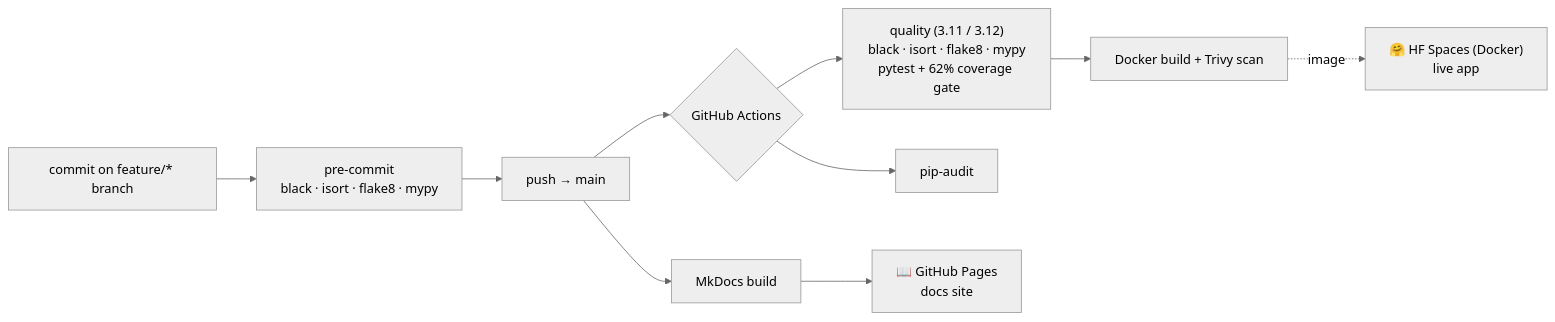
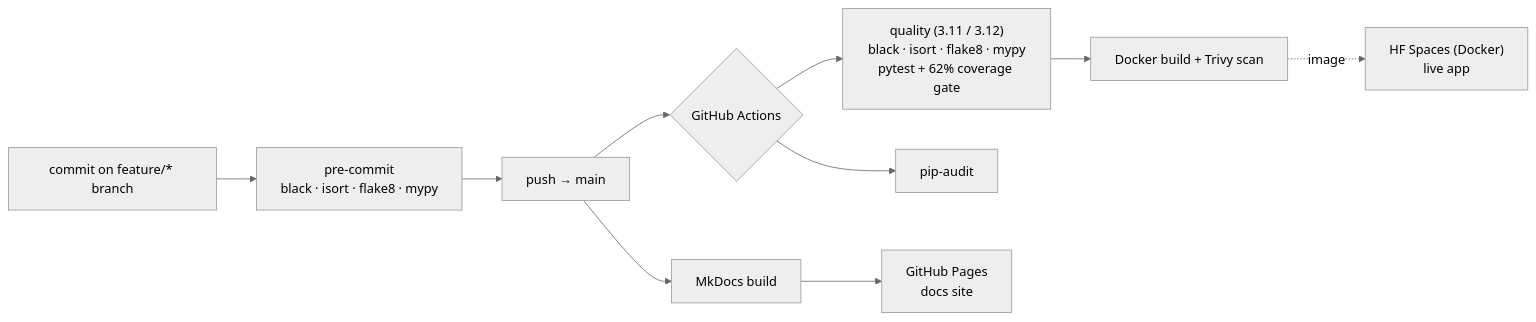
The third of 3 diagrams in README.md (maxime2476/bmw-sales-analytics), drawn with Mermaid (neutral theme) before and after one commit. The commit also changed other lines of this file, not shown here.

````diff
--- a/README.md
+++ b/README.md
@@ -220,12 +224,12 @@
 ```mermaid
 flowchart LR
     DEV["commit on feature/* branch"] --> PC["pre-commit<br/>black · isort · flake8 · mypy"]
     PC --> PUSH["push → main"]
     PUSH --> CI{"GitHub Actions"}
     CI --> Q["quality (3.11 / 3.12)<br/>black · isort · flake8 · mypy<br/>pytest + 62% coverage gate"]
     CI --> SEC["pip-audit"]
     Q --> DK["Docker build + Trivy scan"]
     PUSH --> DOCS["MkDocs build"]
-    DK -. image .-> HF["🤗 HF Spaces (Docker)<br/>live app"]
-    DOCS --> GP["📖 GitHub Pages<br/>docs site"]
+    DK -. image .-> HF["HF Spaces (Docker)<br/>live app"]
+    DOCS --> GP["GitHub Pages<br/>docs site"]
 ```
````
